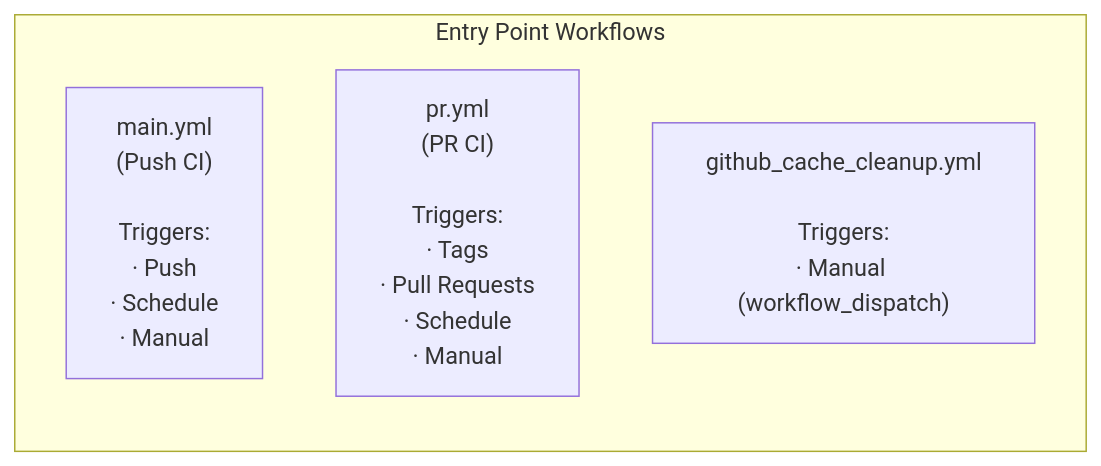
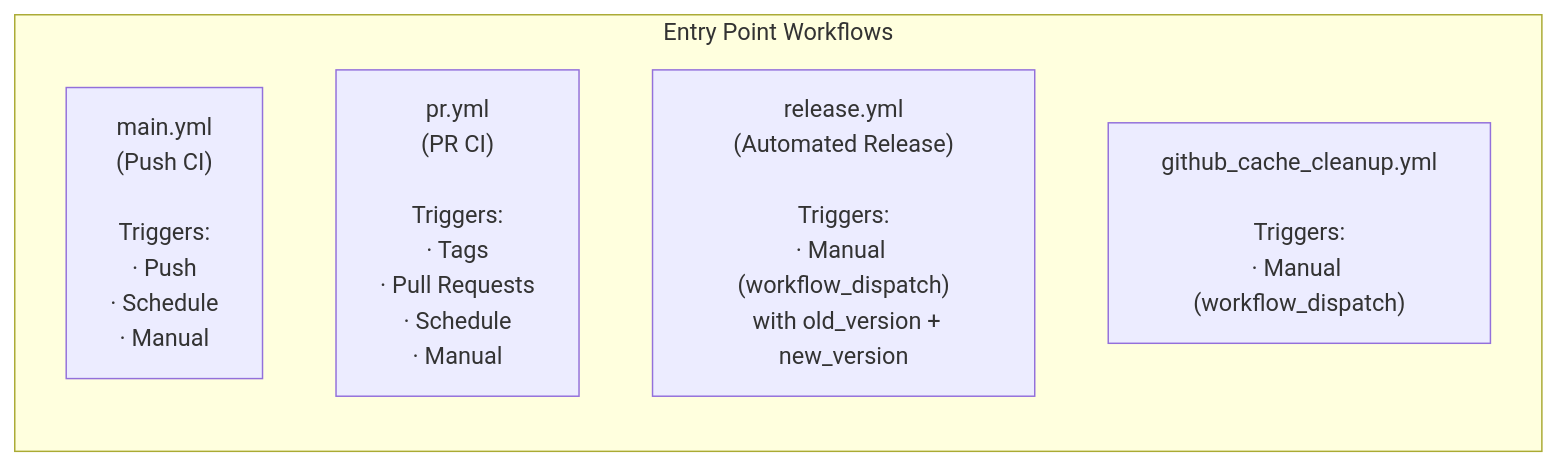
Before and after one commit to Cosmian/kms: the first of 17 diagrams in .github/README_WORKFLOWS.md, drawn with Mermaid. The commit also changed other lines of this file and 10 other files, not shown here.

Commit message:
ci: automate release workflow

````diff
--- a/.github/README_WORKFLOWS.md
+++ b/.github/README_WORKFLOWS.md
@@ -7,8 +7,9 @@
 ```mermaid
 flowchart LR
     subgraph entry["Entry Point Workflows"]
         main["main.yml<br/>(Push CI)<br/><br/>Triggers:<br/>· Push<br/>· Schedule<br/>· Manual"]
         pr["pr.yml<br/>(PR CI)<br/><br/>Triggers:<br/>· Tags<br/>· Pull Requests<br/>· Schedule<br/>· Manual"]
+        release["release.yml<br/>(Automated Release)<br/><br/>Triggers:<br/>· Manual (workflow_dispatch)<br/>  with old_version + new_version"]
         cleanup["github_cache_cleanup.yml<br/><br/>Triggers:<br/>· Manual (workflow_dispatch)"]
     end
 ```
````
